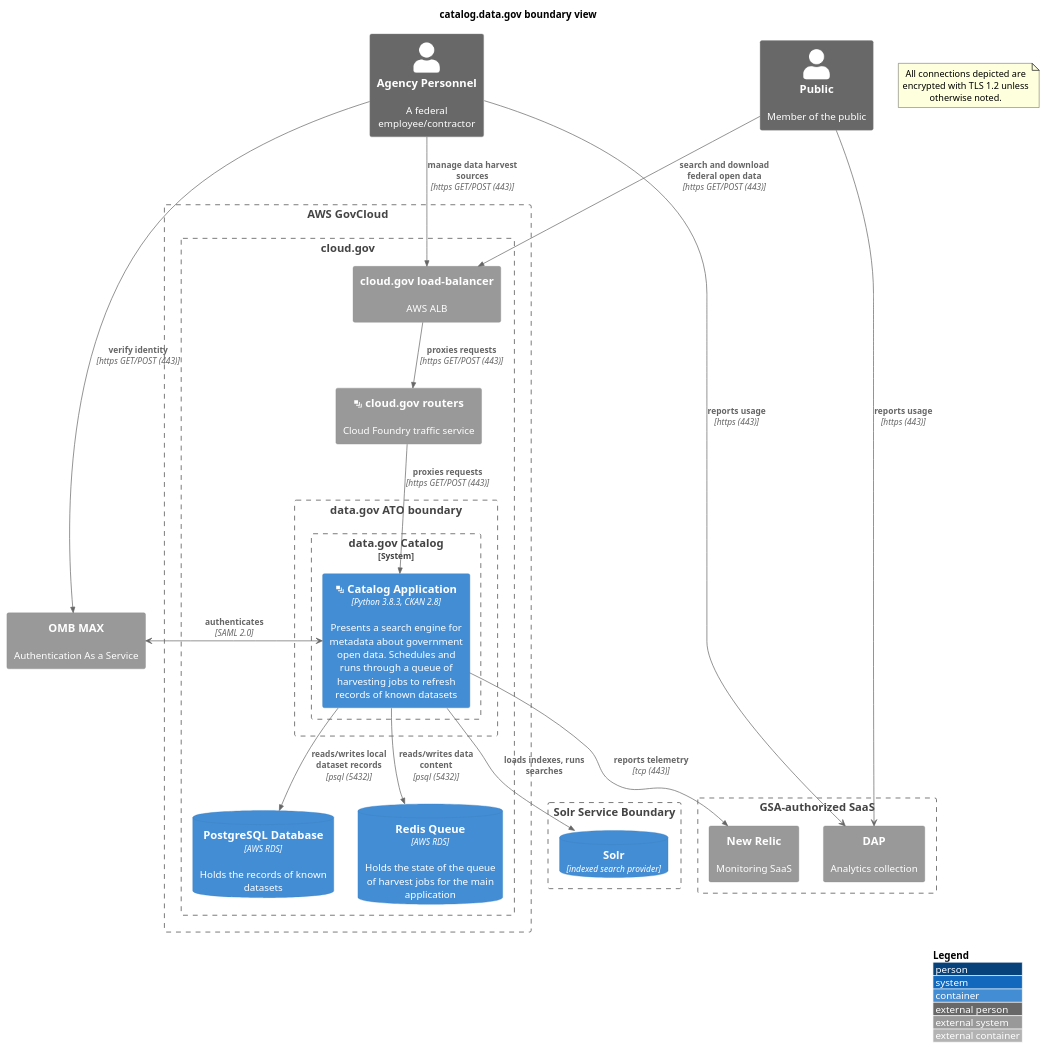
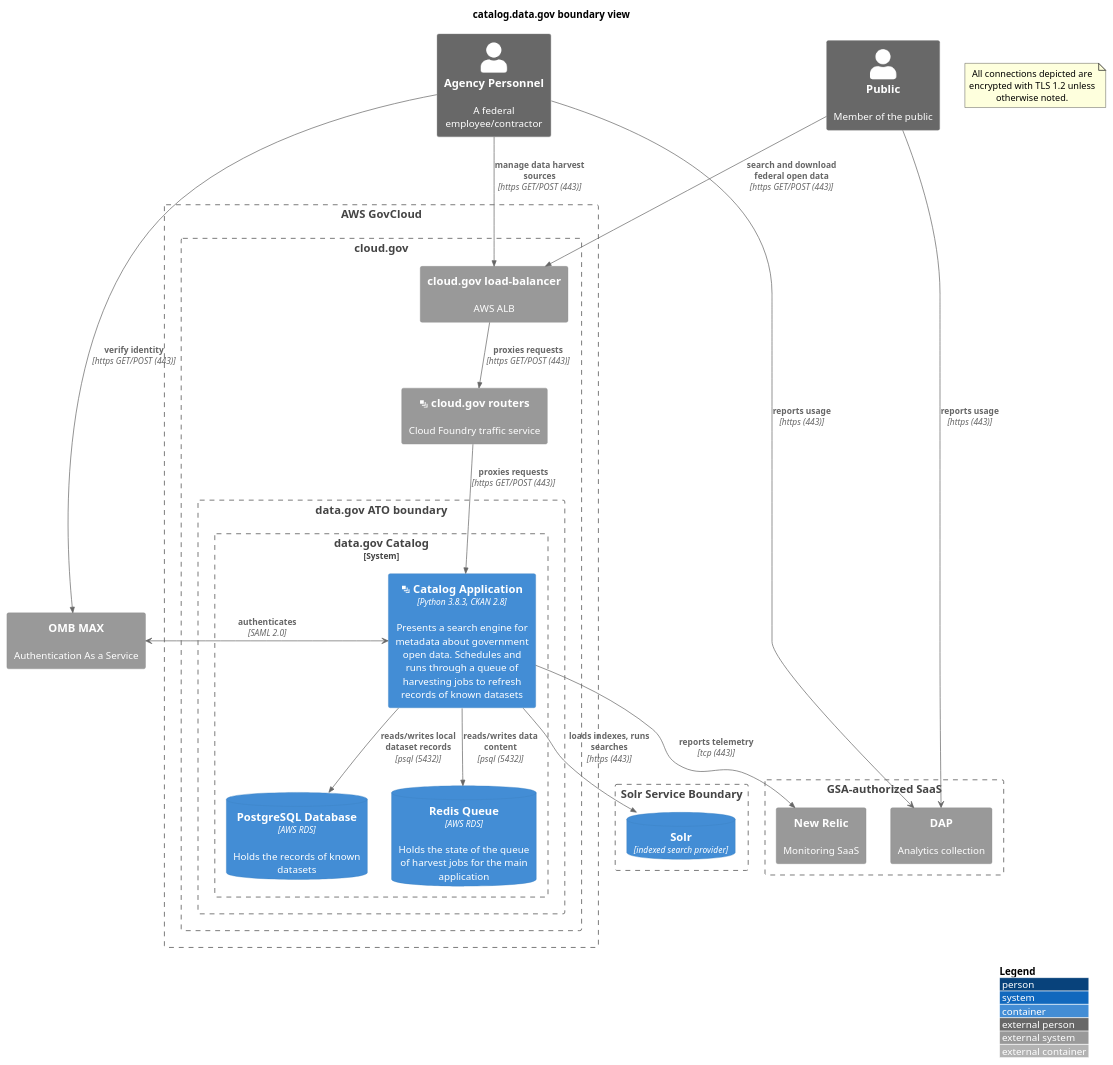
Before and after one commit to GSA/datagov-compliance: the diagram in catalog.md, drawn with PlantUML. The commit also changed other lines of this file and 1 other file, not shown here.

Commit message:
Bring services in-boundary for catalog boundary diagram

````diff
--- a/catalog.md
+++ b/catalog.md
@@ -3,47 +3,47 @@
 ```plantuml
 @startuml
 !include https://raw.githubusercontent.com/plantuml-stdlib/C4-PlantUML/master/C4_Container.puml
 ' uncomment the following line and comment the first to use locally
 ' !include C4_Container.puml
 LAYOUT_WITH_LEGEND()
 title catalog.data.gov boundary view
 Person_Ext(personnel, "Agency Personnel", "A federal employee/contractor")
 Person_Ext(public, "Public", "Member of the public")
 note as EncryptionNote
 All connections depicted are encrypted with TLS 1.2 unless otherwise noted.
 end note
 Boundary(aws, "AWS GovCloud") {
     Boundary(cloudgov, "cloud.gov") {
-    	System_Ext(aws_alb, "cloud.gov load-balancer", "AWS ALB")
+        System_Ext(aws_alb, "cloud.gov load-balancer", "AWS ALB")
         System_Ext(cloudgov_router, "<&layers> cloud.gov routers", "Cloud Foundry traffic service")
         Boundary(atob, "data.gov ATO boundary") {
             System_Boundary(catalog, "data.gov Catalog") {
                 Container(catalog_app, "<&layers> Catalog Application", "Python 3.8.3, CKAN 2.8", "Presents a search engine for metadata about government open data. Schedules and runs through a queue of harvesting jobs to refresh records of known datasets")
+                ContainerDb(catalog_db, "PostgreSQL Database", "AWS RDS", "Holds the records of known datasets")
+                ContainerDb(catalog_s3, "Redis Queue", "AWS RDS", "Holds the state of the queue of harvest jobs for the main application")
             }
         }
-        ContainerDb(catalog_db, "PostgreSQL Database", "AWS RDS", "Holds the records of known datasets")
-        ContainerDb(catalog_s3, "Redis Queue", "AWS RDS", "Holds the state of the queue of harvest jobs for the main application")
     }
 }
 System_Ext(OMB, "OMB MAX", "Authentication As a Service")
 Boundary(gsa_saas, "GSA-authorized SaaS") {
-	System_Ext(dap, "DAP", "Analytics collection")
-	System_Ext(newrelic, "New Relic", "Monitoring SaaS")
+    System_Ext(dap, "DAP", "Analytics collection")
+    System_Ext(newrelic, "New Relic", "Monitoring SaaS")
 }
 personnel -> dap : **reports usage** \n//[https (443)]//
 public -> dap : **reports usage** \n//[https (443)]//
 Rel(catalog_app, newrelic, "reports telemetry", "tcp (443)")
 Rel(personnel, aws_alb, "manage data harvest sources", "https GET/POST (443)")
 Rel(public, aws_alb, "search and download federal open data", "https GET/POST (443)")
 Rel(aws_alb, cloudgov_router, "proxies requests", "https GET/POST (443)")
 Rel(cloudgov_router, catalog_app, "proxies requests", "https GET/POST (443)")
 catalog_app <-> OMB : **authenticates** \n//[SAML 2.0]//
 Rel(personnel, OMB, "verify identity", "https GET/POST (443)")
 Rel(catalog_app, catalog_db, "reads/writes local dataset records", "psql (5432)")
 Rel(catalog_app, catalog_s3, "reads/writes data content", "psql (5432)")
 Boundary(solrb, "Solr Service Boundary") {
   ContainerDb(solr, "Solr", "indexed search provider")
 }
-Rel(catalog_app, solr, "loads indexes, runs searches")
+Rel(catalog_app, solr, "loads indexes, runs searches", "https (443)")
 @enduml
 ```
````
